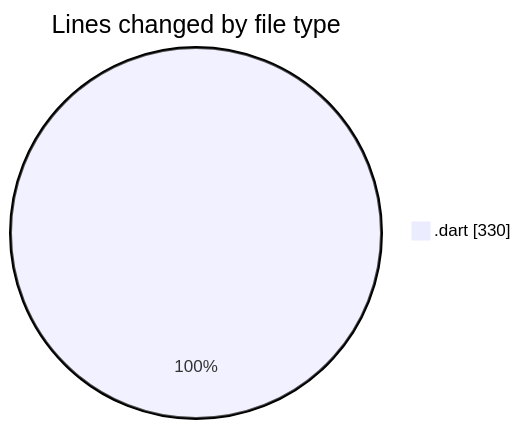
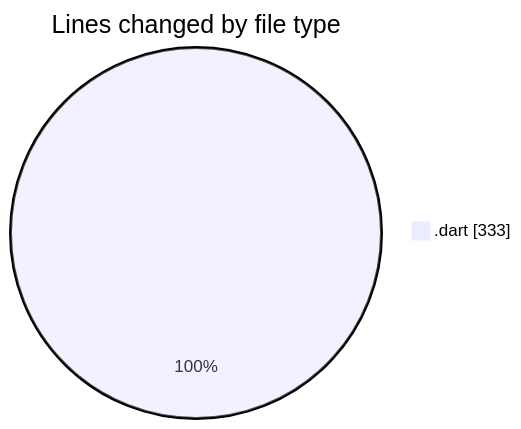
One commit to donsfak/code-tracking changed the first of 2 diagrams in 2025-01-24/trackers_app/README.md. Above: the diagram before and after it, drawn with Mermaid. The commit also changed other lines of this file and 1 other file, not shown here.

````diff
--- a/2025-01-24/trackers_app/README.md
+++ b/2025-01-24/trackers_app/README.md
@@ -24,5 +24,5 @@
 ```mermaid
 pie showData
 title Lines changed by file type
-".dart" : 330
+".dart" : 333
 ```
````
